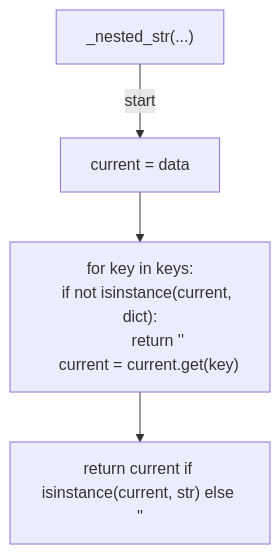
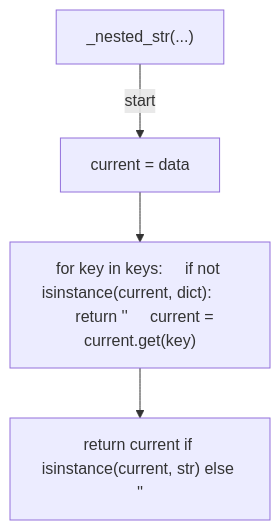
Before and after one commit to tvna/claude-md: the seventh of 20 diagrams in docs/generated/scripts/ast/dependabot_automerge.md, drawn with Mermaid. The commit also changed other lines of this file and 30 other files, not shown here.

First line of the commit message:
docs(generated): regenerate decision tree and workflow diagrams (batch 2/5)

````diff
--- a/docs/generated/scripts/ast/dependabot_automerge.md
+++ b/docs/generated/scripts/ast/dependabot_automerge.md
@@ -231,13 +231,10 @@
 ```mermaid
 flowchart TD
     N001["_nested_str(...)"]
     N002["current = data"]
-    N003["for key in keys:
-    if not isinstance(current, dict):
-        return '<str>'
-    current = current.get(key)"]
+    N003["for key in keys:     if not isinstance(current, dict):         return '<str>'     current = current.get(key)"]
     N004["return current if isinstance(current, str) else '<str>'"]
     N001 -->|"start"| N002
     N002 --> N003
     N003 --> N004
 ```
````
